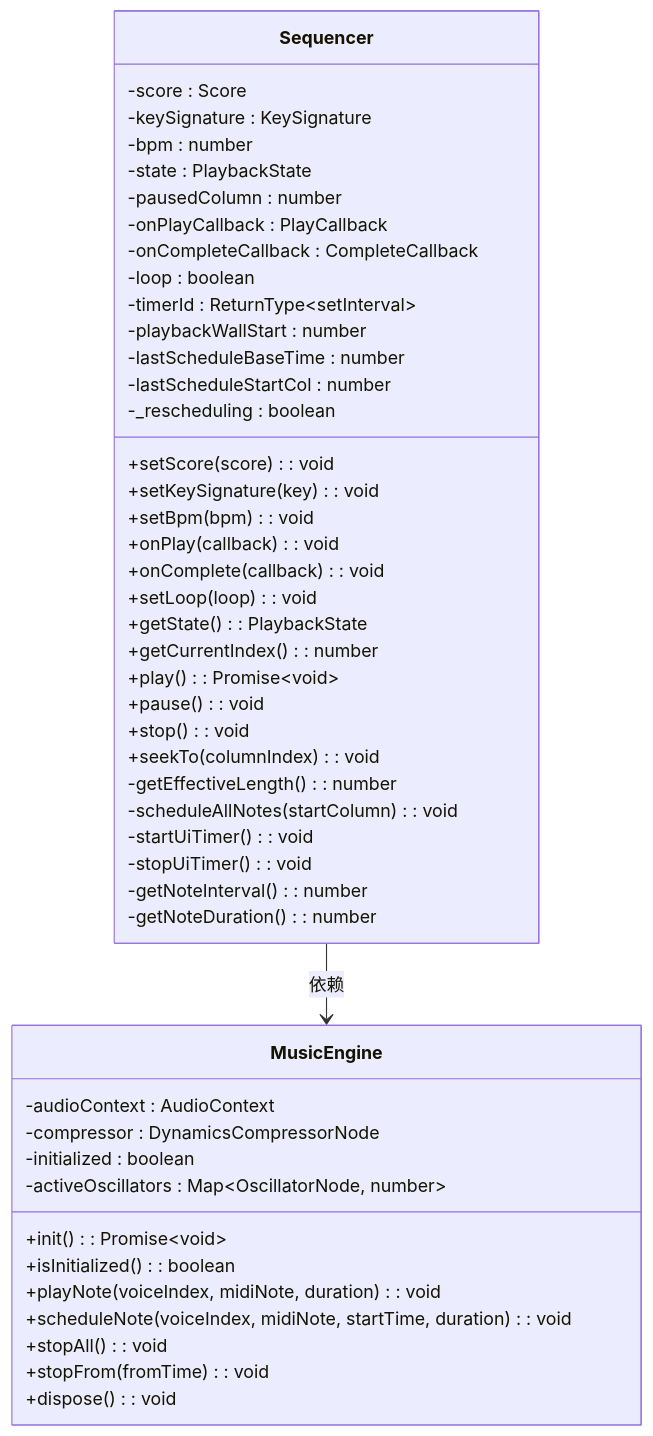
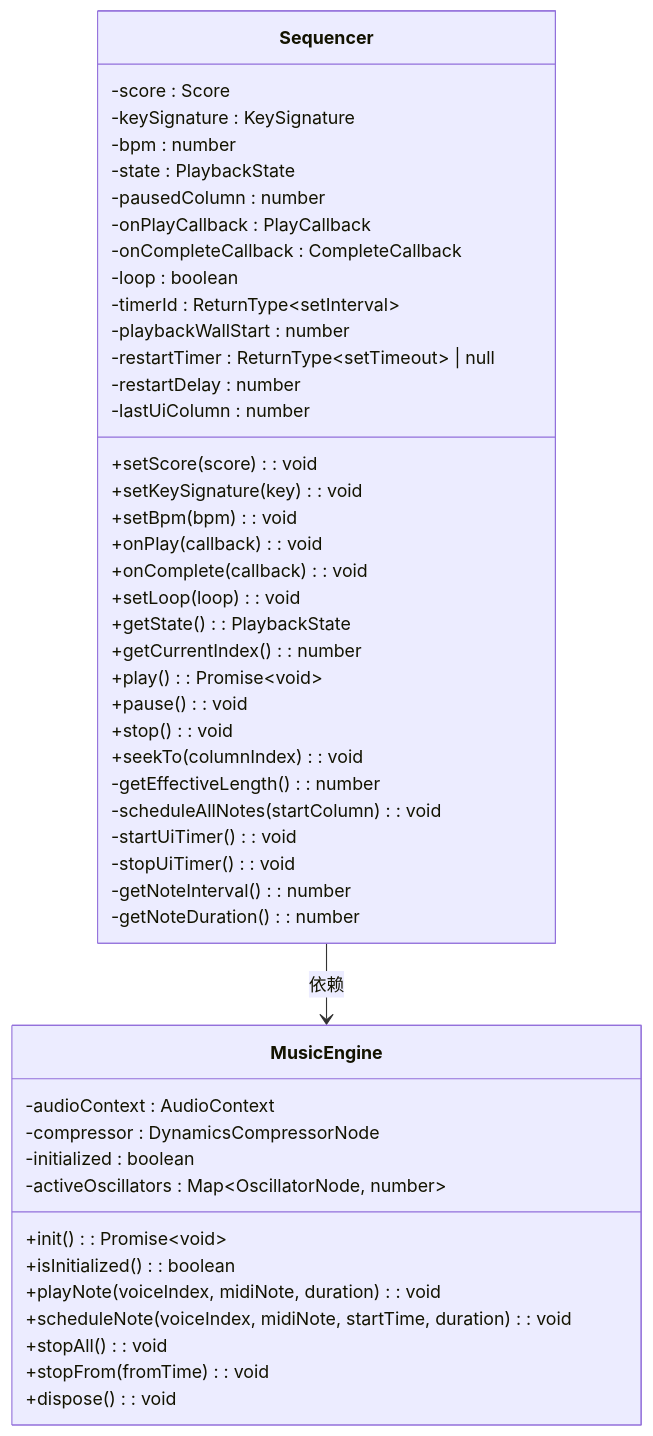
One commit to wingmeng/SUBOR-Music-Board changed the third of 9 diagrams in wiki/播放控制系统/序列器核心实现.md. Above: the diagram before and after it, drawn with Mermaid. The commit also changed other lines of this file and 45 other files, not shown here.

````diff
--- a/wiki/播放控制系统/序列器核心实现.md
+++ b/wiki/播放控制系统/序列器核心实现.md
@@ -135,50 +135,50 @@
 ```mermaid
 classDiagram
 class Sequencer {
 -score : Score
 -keySignature : KeySignature
 -bpm : number
 -state : PlaybackState
 -pausedColumn : number
 -onPlayCallback : PlayCallback
 -onCompleteCallback : CompleteCallback
 -loop : boolean
 -timerId : ReturnType~setInterval~
 -playbackWallStart : number
--lastScheduleBaseTime : number
--lastScheduleStartCol : number
--_rescheduling : boolean
+-restartTimer : ReturnType~setTimeout~ | null
+-restartDelay : number
+-lastUiColumn : number
 +setScore(score) : void
 +setKeySignature(key) : void
 +setBpm(bpm) : void
 +onPlay(callback) : void
 +onComplete(callback) : void
 +setLoop(loop) : void
 +getState() : PlaybackState
 +getCurrentIndex() : number
 +play() : Promise~void~
 +pause() : void
 +stop() : void
 +seekTo(columnIndex) : void
 -getEffectiveLength() : number
 -scheduleAllNotes(startColumn) : void
 -startUiTimer() : void
 -stopUiTimer() : void
 -getNoteInterval() : number
 -getNoteDuration() : number
 }
 class MusicEngine {
 -audioContext : AudioContext
 -compressor : DynamicsCompressorNode
 -initialized : boolean
 -activeOscillators : Map~OscillatorNode, number~
 +init() : Promise~void~
 +isInitialized() : boolean
 +playNote(voiceIndex, midiNote, duration) : void
 +scheduleNote(voiceIndex, midiNote, startTime, duration) : void
 +stopAll() : void
 +stopFrom(fromTime) : void
 +dispose() : void
 }
 Sequencer --> MusicEngine : 依赖
 ```
````
